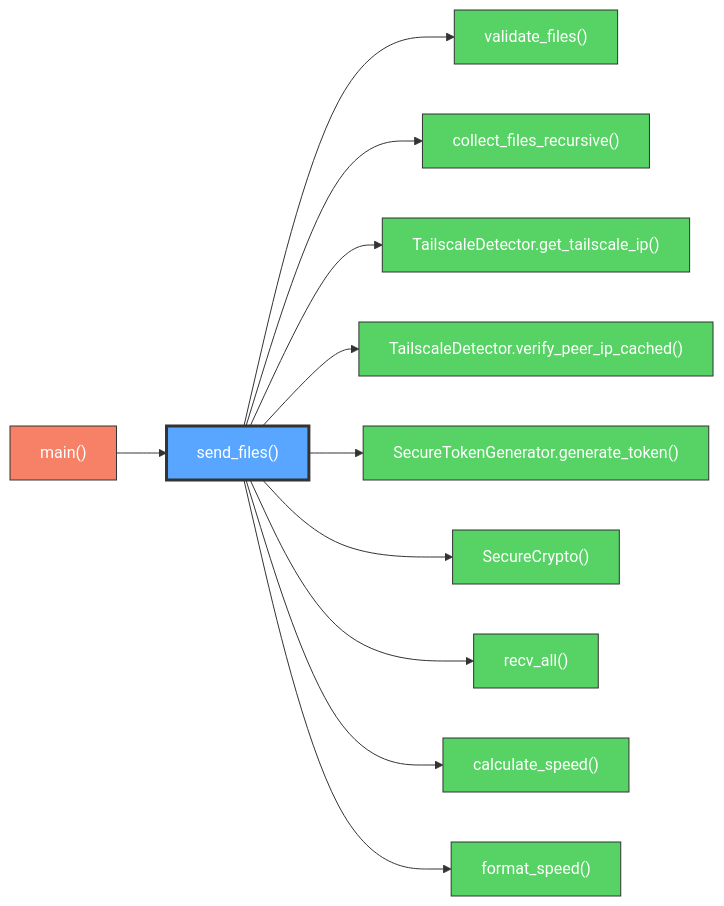
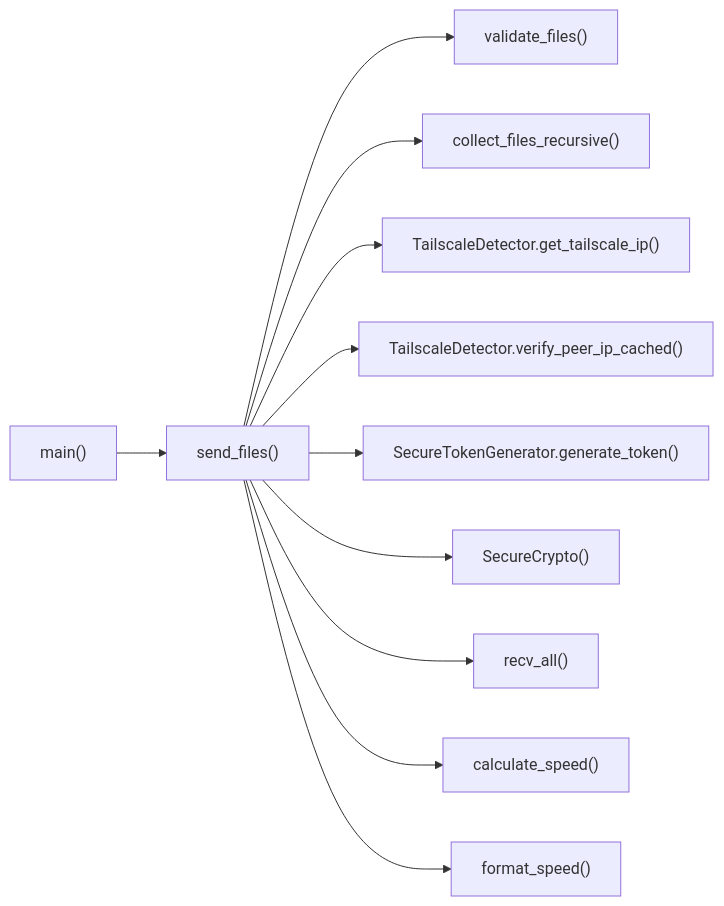
The first of 2 diagrams in docs/send_files.md (proudsunburn/ftransfer), drawn with Mermaid before and after one commit. The commit also changed other lines of this file and 23 other files, not shown here.

Commit message:
MINOR: Remove colors from mermaid for easy light/dark mode switching

````diff
--- a/docs/send_files.md
+++ b/docs/send_files.md
@@ -11,17 +11,13 @@
 ```mermaid
 graph LR
-    main["main()"]:::red --> send_files["send_files()"]:::highlight
-    send_files --> validate_files["validate_files()"]:::green
-    send_files --> collect_files_recursive["collect_files_recursive()"]:::green
-    send_files --> get_tailscale_ip["TailscaleDetector.get_tailscale_ip()"]:::green
-    send_files --> verify_peer_ip_cached["TailscaleDetector.verify_peer_ip_cached()"]:::green
-    send_files --> generate_token["SecureTokenGenerator.generate_token()"]:::green
-    send_files --> crypto_init["SecureCrypto()"]:::green
-    send_files --> recv_all["recv_all()"]:::green
-    send_files --> calculate_speed["calculate_speed()"]:::green
-    send_files --> format_speed["format_speed()"]:::green
-
-    classDef red fill:#f78166,stroke:#333,color:#fff
-    classDef highlight fill:#58a6ff,stroke:#333,color:#fff,stroke-width:3px
-    classDef green fill:#56d364,stroke:#333,color:#fff
+    main["main()"] --> send_files["send_files()"]
+    send_files --> validate_files["validate_files()"]
+    send_files --> collect_files_recursive["collect_files_recursive()"]
+    send_files --> get_tailscale_ip["TailscaleDetector.get_tailscale_ip()"]
+    send_files --> verify_peer_ip_cached["TailscaleDetector.verify_peer_ip_cached()"]
+    send_files --> generate_token["SecureTokenGenerator.generate_token()"]
+    send_files --> crypto_init["SecureCrypto()"]
+    send_files --> recv_all["recv_all()"]
+    send_files --> calculate_speed["calculate_speed()"]
+    send_files --> format_speed["format_speed()"]
 ```
````
